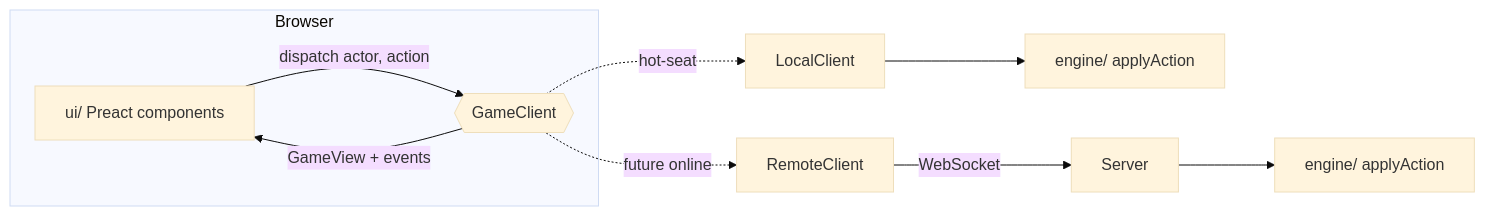
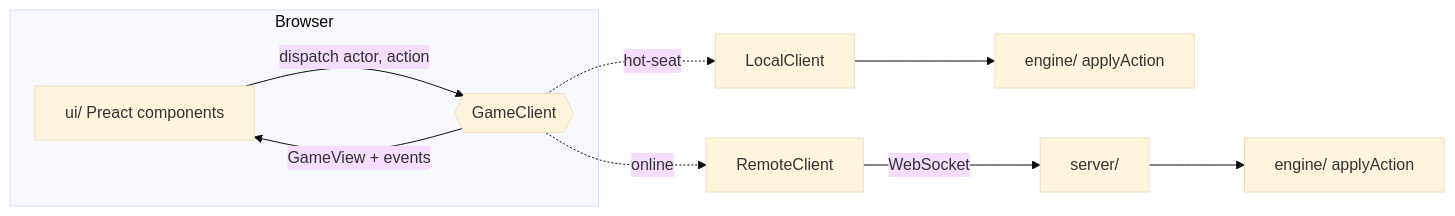
The first of 2 diagrams in ARCHITECTURE.md (bicyclespokesperson/uno_chess), drawn with Mermaid (base theme) before and after one commit. The commit also changed other lines of this file and 21 other files, not shown here.

First line of the commit message:
Online play: RemoteClient, lobby and join screens, reconnect, systemd + Caddy deployment

````diff
--- a/ARCHITECTURE.md
+++ b/ARCHITECTURE.md
@@ -5,9 +5,9 @@
 ```mermaid
 flowchart LR
   subgraph Browser
     UI[ui/ Preact components] -->|dispatch actor, action| C{{GameClient}}
     C -->|GameView + events| UI
   end
   C -.hot-seat.-> L[LocalClient] --> E[engine/ applyAction]
-  C -.future online.-> R[RemoteClient] -->|WebSocket| S[Server] --> E2[engine/ applyAction]
+  C -.online.-> R[RemoteClient] -->|WebSocket| S[server/] --> E2[engine/ applyAction]
 ```
````
